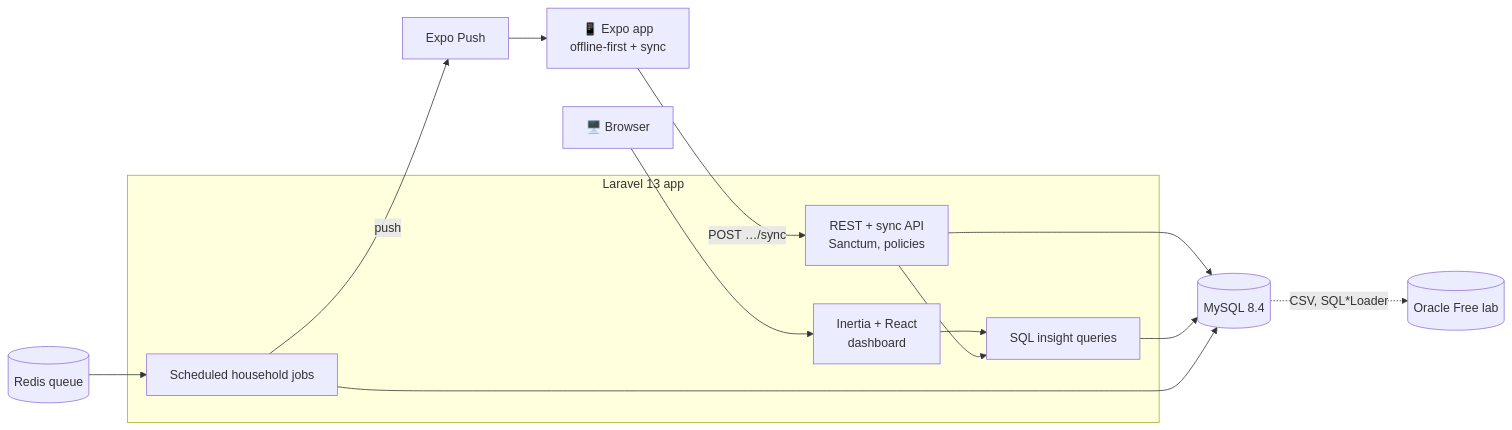
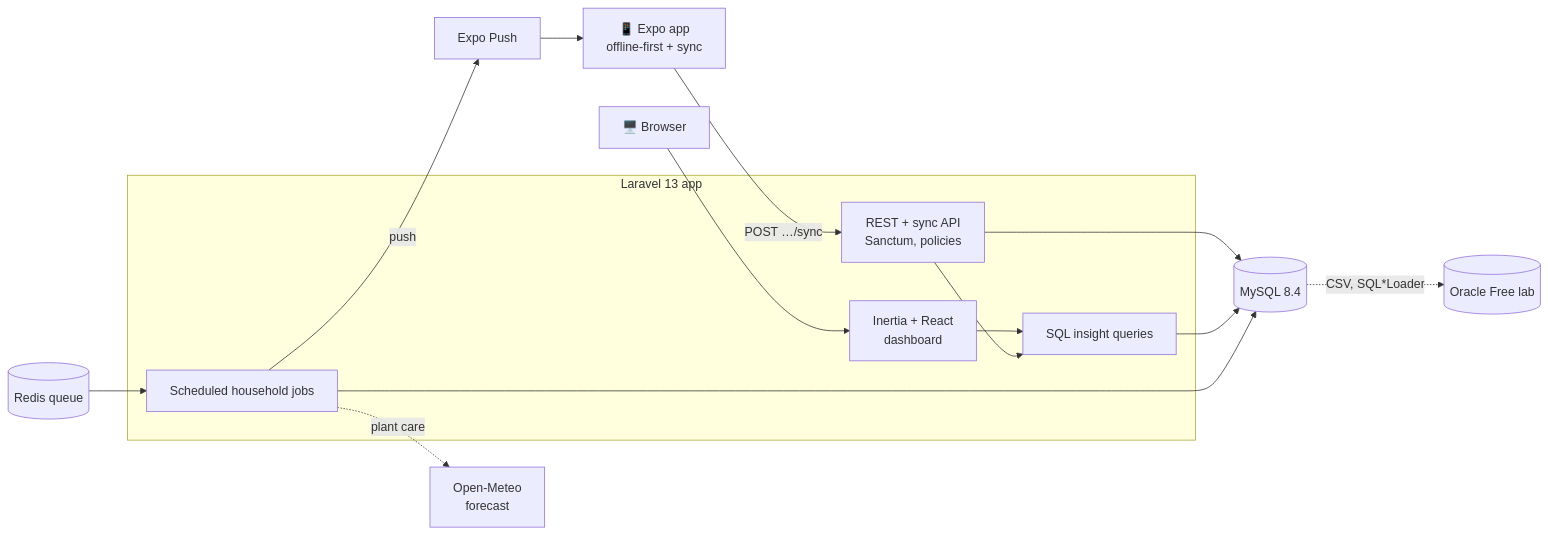
Before and after one commit to kgiannopoulou/home-helper-api: the diagram in README.md, drawn with Mermaid. The commit also changed other lines of this file and 56 other files, not shown here.

First line of the commit message:
Plant care: plants, care logs, weather-aware alerts and an hourly check

````diff
--- a/README.md
+++ b/README.md
@@ -24,28 +25,30 @@
 ```mermaid
 flowchart LR
     phone["📱 Expo app<br/>offline-first + sync"]
     browser["🖥️ Browser"]
 
     subgraph app["Laravel 13 app"]
         api["REST + sync API<br/>Sanctum, policies"]
         web["Inertia + React<br/>dashboard"]
         queries["SQL insight queries"]
         jobs["Scheduled household jobs"]
     end
 
     mysql[("MySQL 8.4")]
     redis[("Redis queue")]
     expo["Expo Push"]
+    weather["Open-Meteo<br/>forecast"]
     oracle[("Oracle Free lab")]
 
     phone -- "POST …/sync" --> api
     browser --> web
     api --> mysql
     web --> queries
     api --> queries
     queries --> mysql
     redis --> jobs
     jobs --> mysql
     jobs -- "push" --> expo --> phone
+    jobs -. "plant care" .-> weather
     mysql -. "CSV, SQL*Loader" .-> oracle
 ```
````
